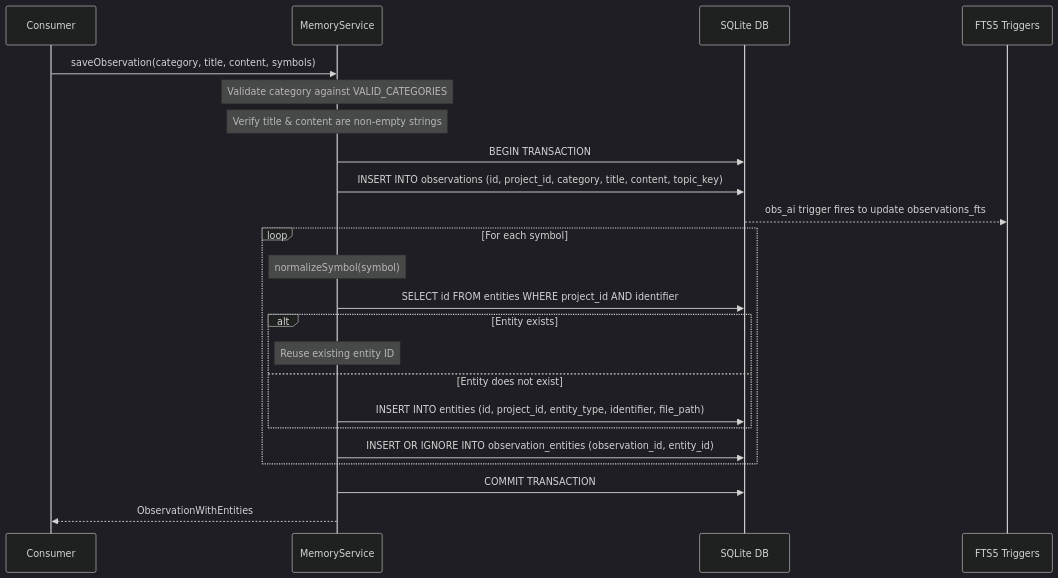
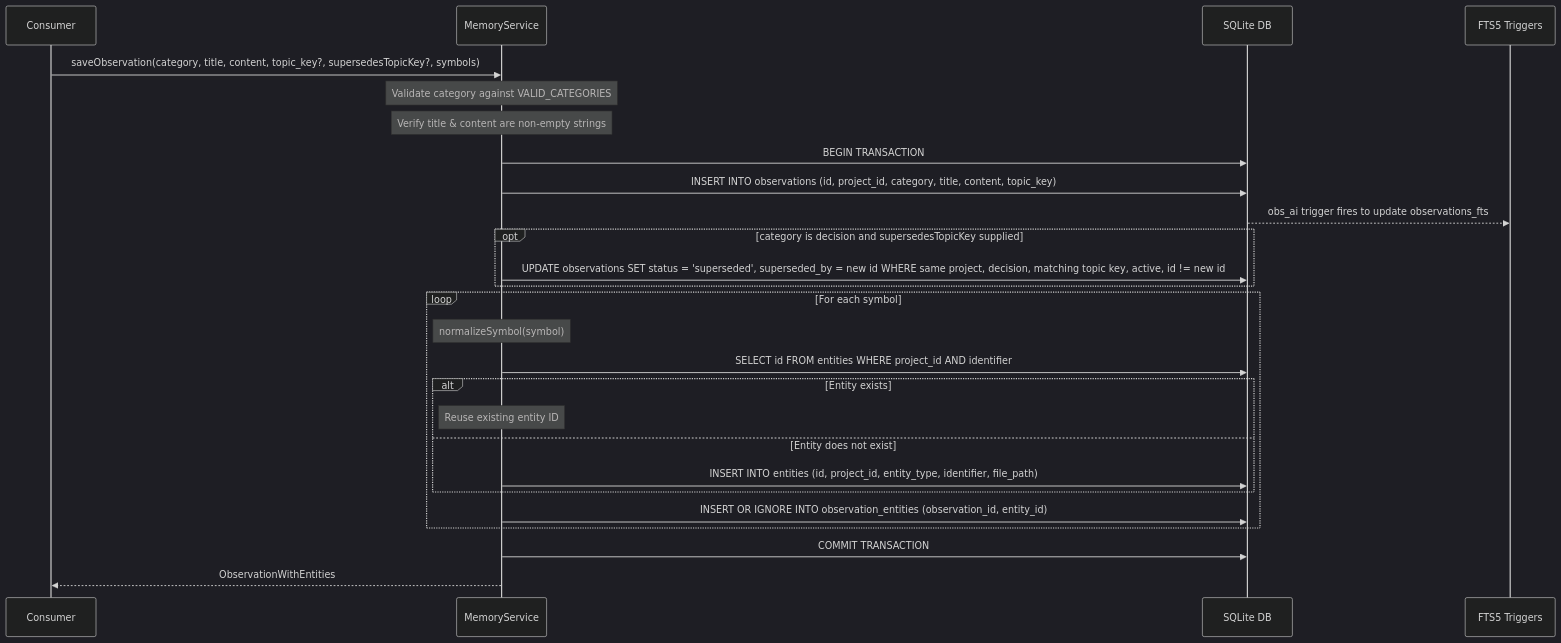
Before and after one commit to dahch/muninn: the fourth of 10 diagrams in DESIGN.md, drawn with Mermaid (dark theme). The commit also changed other lines of this file and 17 other files, not shown here.

````diff
--- a/DESIGN.md
+++ b/DESIGN.md
@@ -236,26 +242,29 @@
 ```mermaid
 sequenceDiagram
     participant C as Consumer
     participant S as MemoryService
     participant DB as SQLite DB
     participant T as FTS5 Triggers
 
-    C->>S: saveObservation(category, title, content, symbols)
+    C->>S: saveObservation(category, title, content, topic_key?, supersedesTopicKey?, symbols)
     Note over S: Validate category against VALID_CATEGORIES
     Note over S: Verify title & content are non-empty strings
     S->>DB: BEGIN TRANSACTION
     S->>DB: INSERT INTO observations (id, project_id, category, title, content, topic_key)
     DB-->>T: obs_ai trigger fires to update observations_fts
+    opt category is decision and supersedesTopicKey supplied
+        S->>DB: UPDATE observations SET status = 'superseded', superseded_by = new id WHERE same project, decision, matching topic key, active, id != new id
+    end
     loop For each symbol
         Note over S: normalizeSymbol(symbol)
         S->>DB: SELECT id FROM entities WHERE project_id AND identifier
         alt Entity exists
             Note over S: Reuse existing entity ID
         else Entity does not exist
             S->>DB: INSERT INTO entities (id, project_id, entity_type, identifier, file_path)
         end
         S->>DB: INSERT OR IGNORE INTO observation_entities (observation_id, entity_id)
     end
     S->>DB: COMMIT TRANSACTION
     S-->>C: ObservationWithEntities
 ```
````
